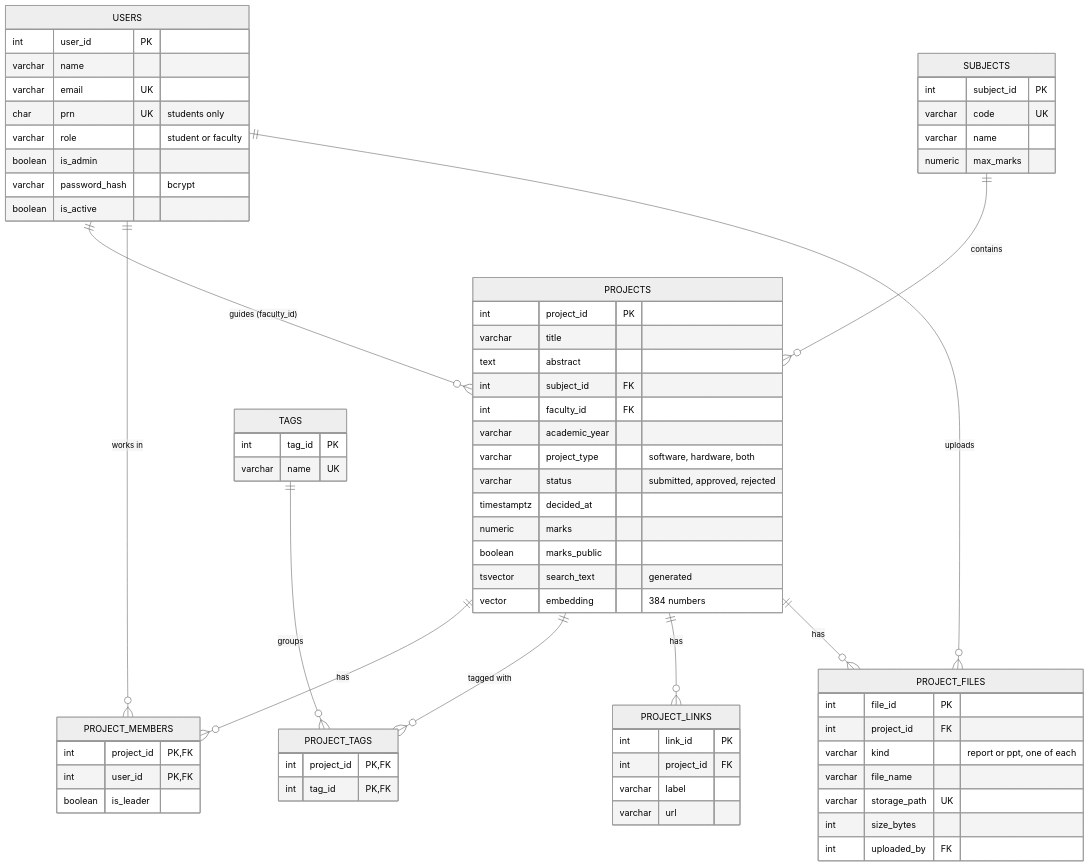
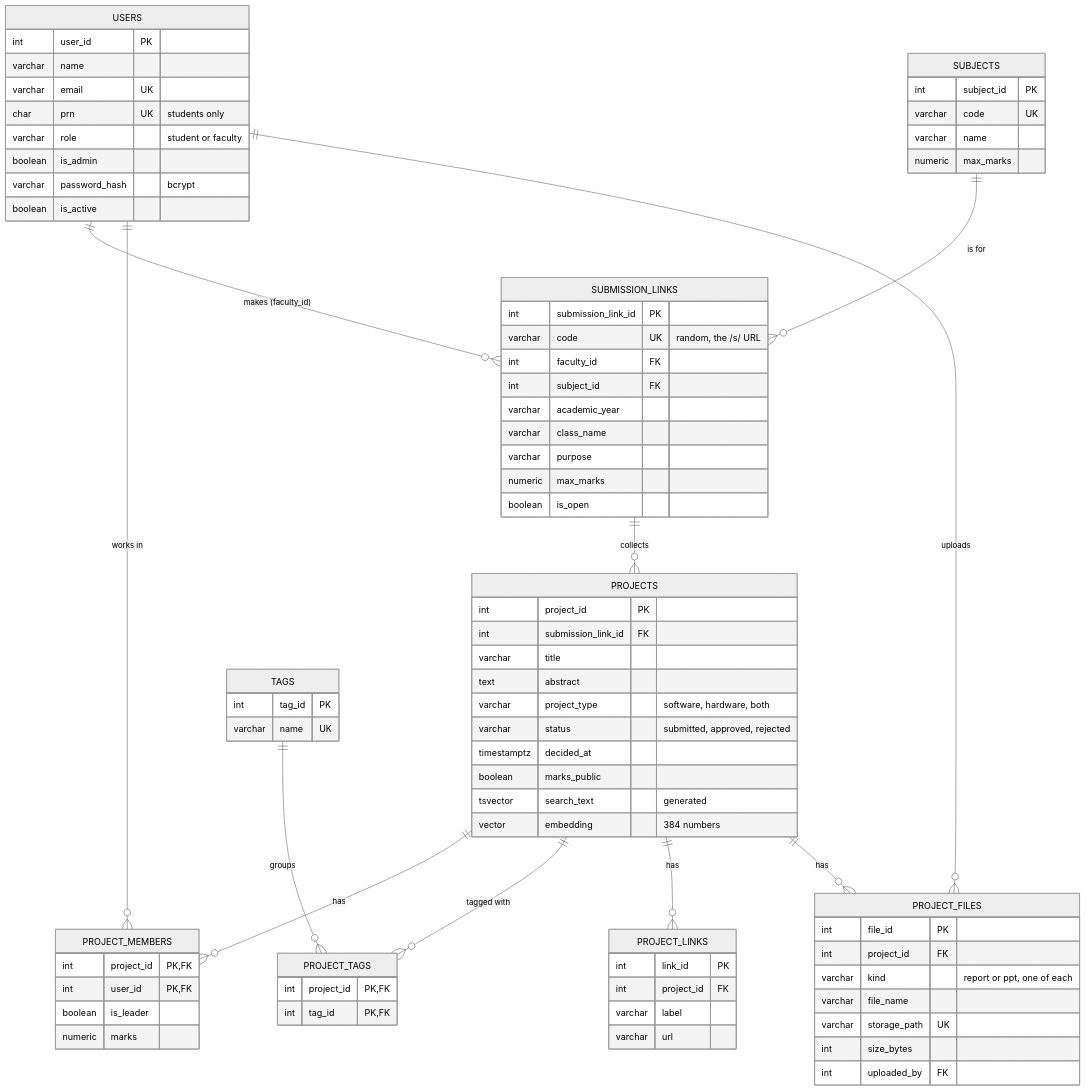
The diagram in README.md (rohanbeingsocial/PBL-Tracker), drawn with Mermaid (neutral theme) before and after one commit. The commit also changed other lines of this file and 19 other files, not shown here.

Commit message:
Pages for submission links, submitting through a link, each student's marks; docs updated

````diff
--- a/README.md
+++ b/README.md
@@ -76,72 +83,82 @@
 ```mermaid
 erDiagram
-    USERS    ||--o{ PROJECTS : "guides (faculty_id)"
-    SUBJECTS ||--o{ PROJECTS : contains
+    USERS    ||--o{ SUBMISSION_LINKS : "makes (faculty_id)"
+    SUBJECTS ||--o{ SUBMISSION_LINKS : "is for"
+    SUBMISSION_LINKS ||--o{ PROJECTS : collects
     PROJECTS ||--o{ PROJECT_MEMBERS : has
     USERS    ||--o{ PROJECT_MEMBERS : "works in"
     PROJECTS ||--o{ PROJECT_TAGS : "tagged with"
     TAGS     ||--o{ PROJECT_TAGS : groups
     PROJECTS ||--o{ PROJECT_LINKS : has
     PROJECTS ||--o{ PROJECT_FILES : has
     USERS    ||--o{ PROJECT_FILES : uploads
 
     USERS {
         int user_id PK
         varchar name
         varchar email UK
         char prn UK "students only"
         varchar role "student or faculty"
         boolean is_admin
         varchar password_hash "bcrypt"
         boolean is_active
     }
     SUBJECTS {
         int subject_id PK
         varchar code UK
         varchar name
         numeric max_marks
     }
+    SUBMISSION_LINKS {
+        int submission_link_id PK
+        varchar code UK "random, the /s/ URL"
+        int faculty_id FK
+        int subject_id FK
+        varchar academic_year
+        varchar class_name
+        varchar purpose
+        numeric max_marks
+        boolean is_open
+    }
     PROJECTS {
         int project_id PK
+        int submission_link_id FK
         varchar title
         text abstract
-        int subject_id FK
-        int faculty_id FK
-        varchar academic_year
         varchar project_type "software, hardware, both"
         varchar status "submitted, approved, rejected"
         timestamptz decided_at
-        numeric marks
         boolean marks_public
         tsvector search_text "generated"
         vector embedding "384 numbers"
     }
     PROJECT_MEMBERS {
         int project_id PK, FK
         int user_id PK, FK
         boolean is_leader
+        numeric marks
     }
     TAGS {
         int tag_id PK
         varchar name UK
     }
     PROJECT_TAGS {
         int project_id PK, FK
         int tag_id PK, FK
     }
     PROJECT_LINKS {
         int link_id PK
         int project_id FK
         varchar label
         varchar url
     }
     PROJECT_FILES {
         int file_id PK
         int project_id FK
         varchar kind "report or ppt, one of each"
         varchar file_name
         varchar storage_path UK
         int size_bytes
         int uploaded_by FK
     }
 ```
````
